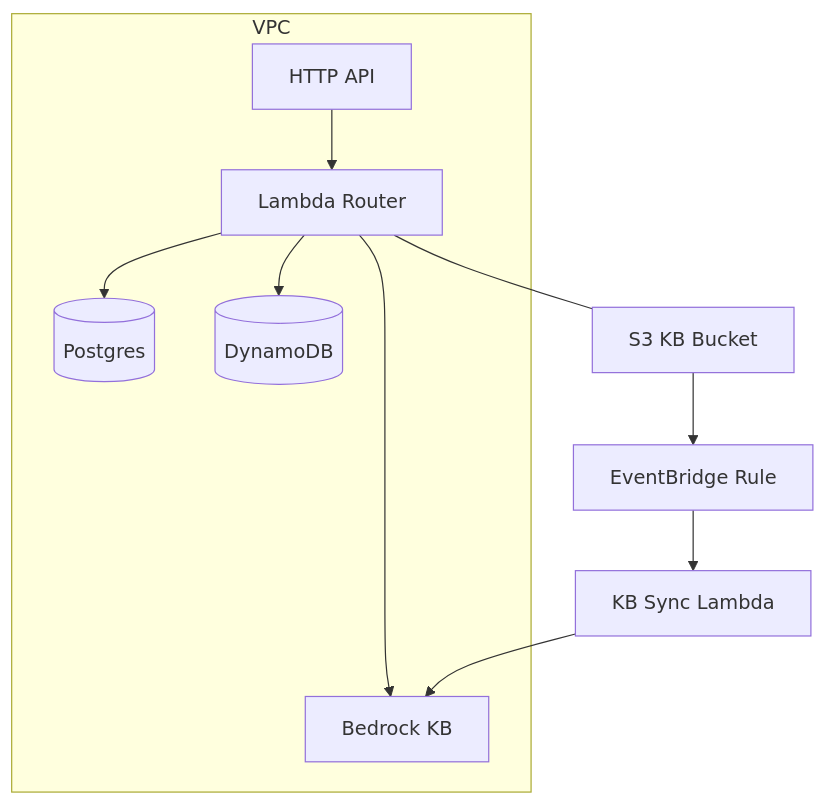
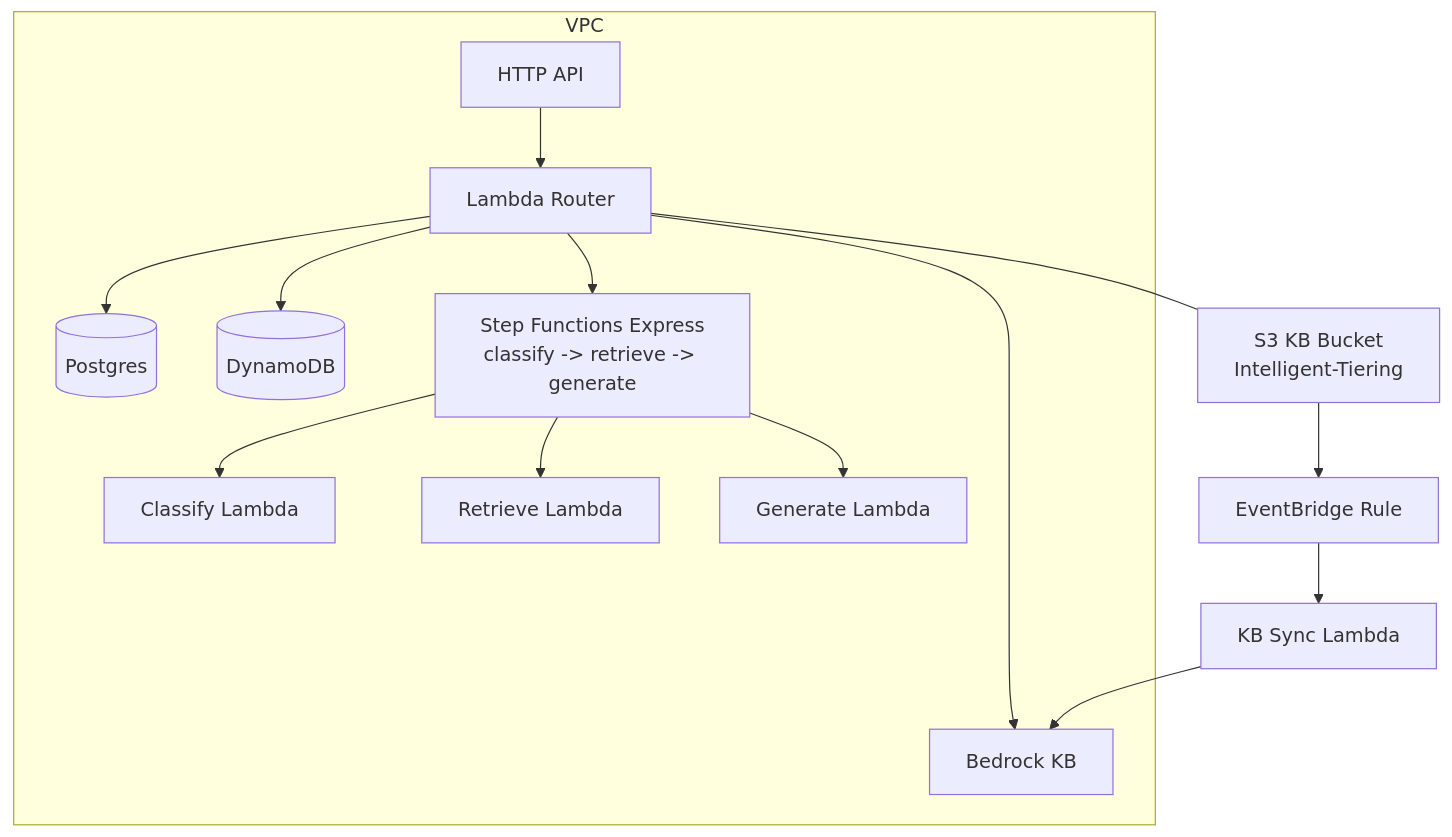
One commit to Sumitbhoyar/customer-support-copilot changed the first of 5 diagrams in docs/architecture.md. Above: the diagram before and after it, drawn with Mermaid. The commit also changed other lines of this file and 25 other files, not shown here.

````diff
--- a/docs/architecture.md
+++ b/docs/architecture.md
@@ -13,12 +15,16 @@
 ```mermaid
 graph TB
   subgraph VPC
     API[HTTP API] --> L[Lambda Router]
     L --> RDS[(Postgres)]
     L --> DDB[(DynamoDB)]
     L --> Bedrock[Bedrock KB]
+    L --> SFN[Step Functions Express<br/>classify -> retrieve -> generate]
+    SFN --> Lclass[Classify Lambda]
+    SFN --> Lret[Retrieve Lambda]
+    SFN --> Lgen[Generate Lambda]
   end
 
-  Docs[S3 KB Bucket] --> EB[EventBridge Rule] --> Sync[KB Sync Lambda] --> Bedrock
+  Docs[S3 KB Bucket<br/>Intelligent-Tiering] --> EB[EventBridge Rule] --> Sync[KB Sync Lambda] --> Bedrock
   L --- Docs
 ```
````
